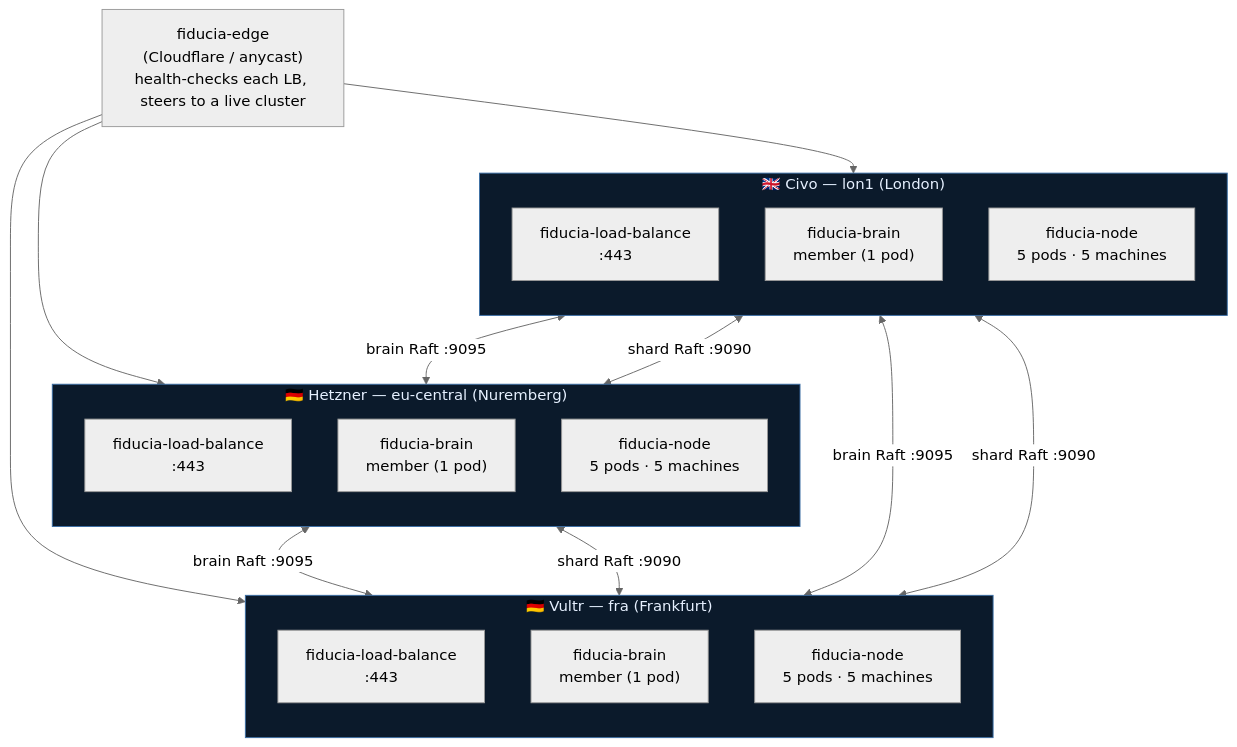
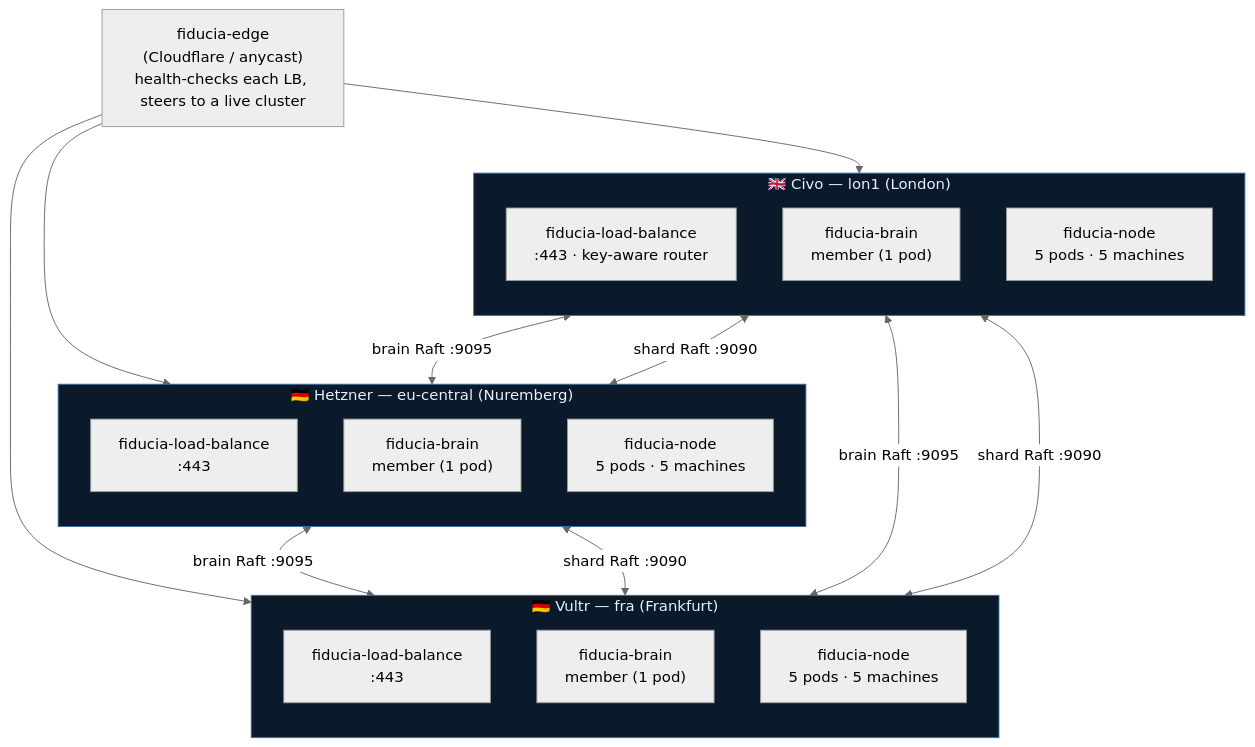
The first of 8 diagrams in docs/multi-cluster-architecture.md (fiducia-cloud/fiducia-infra), drawn with Mermaid (neutral theme) before and after one commit.

Commit message:
claude autosave 2026-07-13T20:27:58Z

````diff
--- a/docs/multi-cluster-architecture.md
+++ b/docs/multi-cluster-architecture.md
@@ -38,39 +38,39 @@
 ```mermaid
 flowchart TB
     edge["fiducia-edge<br/>(Cloudflare / anycast)<br/>health-checks each LB, steers to a live cluster"]
 
     subgraph HZ["🇩🇪 Hetzner — eu-central (Nuremberg)"]
         direction TB
         h_lb["fiducia-load-balance<br/>:443"]
         h_brain["fiducia-brain<br/>member (1 pod)"]
         h_nodes["fiducia-node<br/>5 pods · 5 machines"]
     end
 
     subgraph VU["🇩🇪 Vultr — fra (Frankfurt)"]
         direction TB
         v_lb["fiducia-load-balance<br/>:443"]
         v_brain["fiducia-brain<br/>member (1 pod)"]
         v_nodes["fiducia-node<br/>5 pods · 5 machines"]
     end
 
     subgraph CI["🇬🇧 Civo — lon1 (London)"]
         direction TB
-        c_lb["fiducia-load-balance<br/>:443"]
+        c_lb["fiducia-load-balance<br/>:443 · key-aware router"]
         c_brain["fiducia-brain<br/>member (1 pod)"]
         c_nodes["fiducia-node<br/>5 pods · 5 machines"]
     end
 
     edge --> h_lb & v_lb & c_lb
 
     %% Cross-cluster Raft over the Cilium Cluster Mesh
     h_brain <-->|"brain Raft :9095"| v_brain
     v_brain <-->|"brain Raft :9095"| c_brain
     c_brain <-->|"brain Raft :9095"| h_brain
 
     h_nodes <-->|"shard Raft :9090"| v_nodes
     v_nodes <-->|"shard Raft :9090"| c_nodes
     c_nodes <-->|"shard Raft :9090"| h_nodes
 
     classDef cloud fill:#0b1a2b,stroke:#3b6ea5,color:#e6f0ff;
     class HZ,VU,CI cloud;
 ```
````
